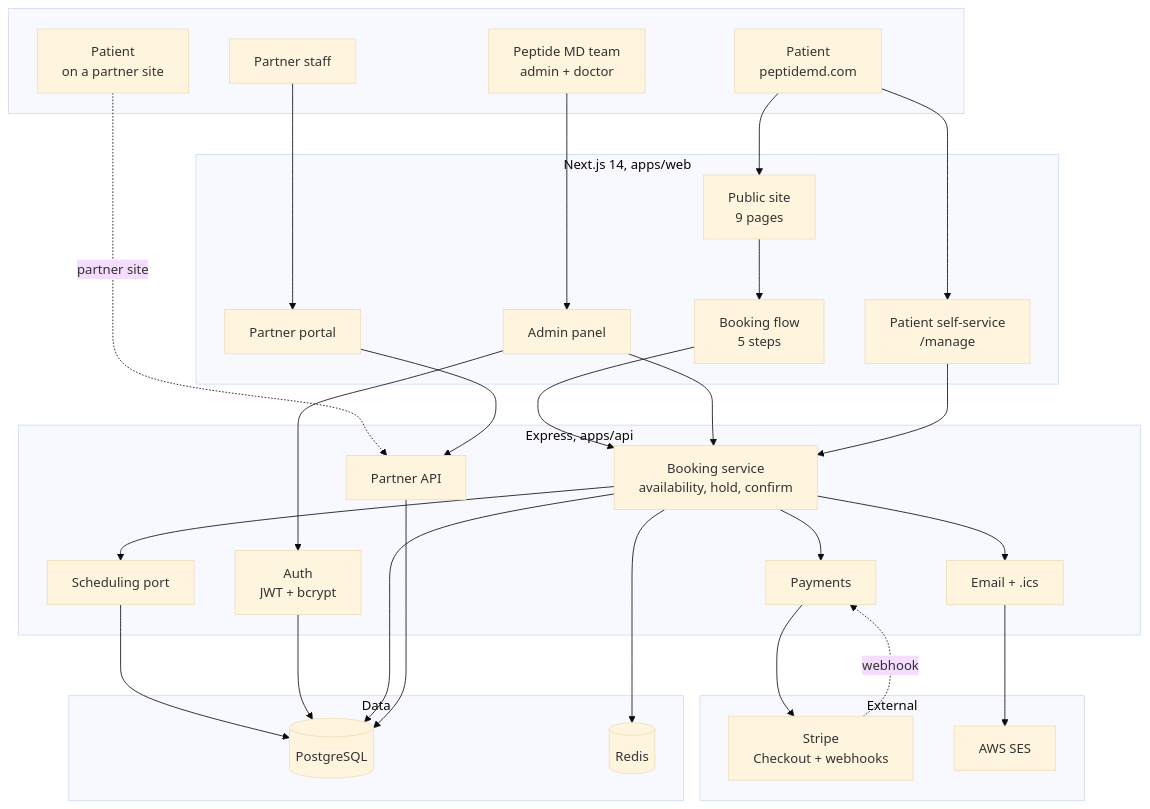
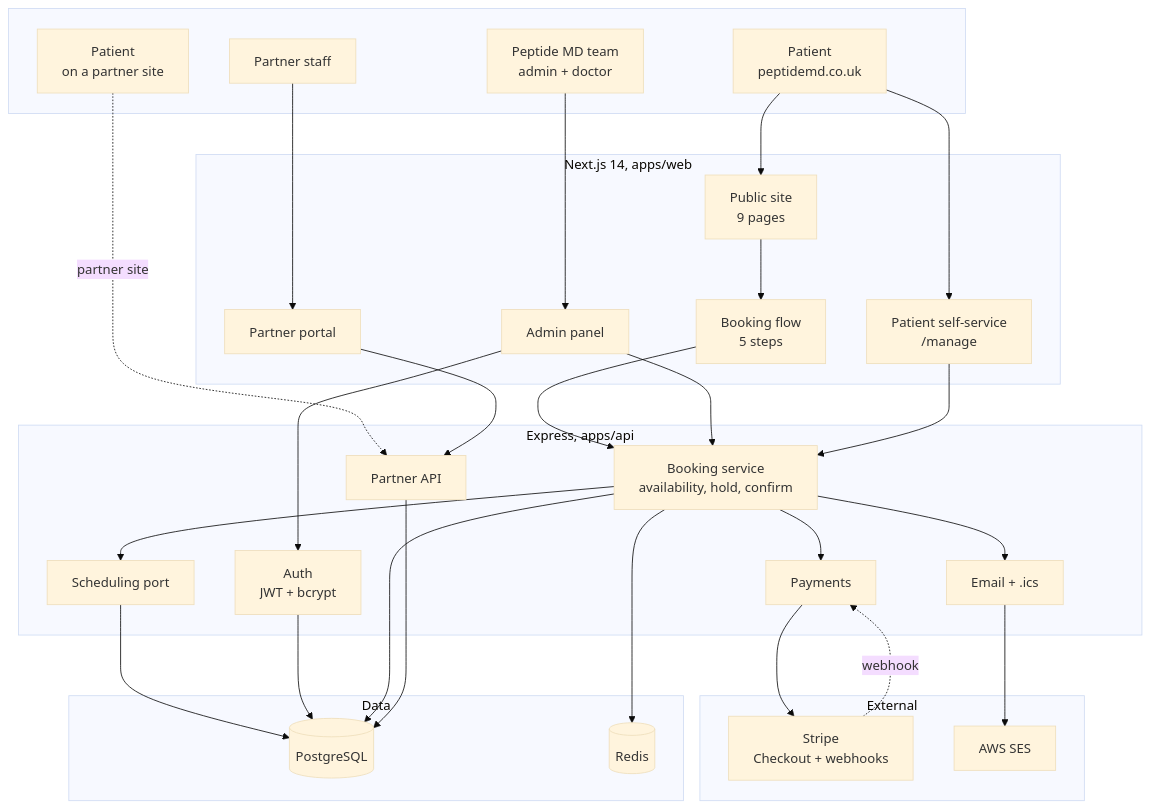
Before and after one commit to thegensiumtech/peptide-md: the first of 4 diagrams in docs/architecture.md, drawn with Mermaid (base theme). The commit also changed 23 other files, not shown here.

````diff
--- a/docs/architecture.md
+++ b/docs/architecture.md
@@ -15,56 +15,56 @@
 ```mermaid
 flowchart TB
   subgraph clients [ ]
-    P[Patient<br/>peptidemd.com]
+    P[Patient<br/>peptidemd.co.uk]
     PP[Patient<br/>on a partner site]
     A[Peptide MD team<br/>admin + doctor]
     PS[Partner staff]
   end
 
   subgraph web [Next.js 14, apps/web]
     MKT[Public site<br/>9 pages]
     BOOK[Booking flow<br/>5 steps]
     ADM[Admin panel]
     POR[Partner portal]
     MAN[Patient self-service<br/>/manage]
   end
 
   subgraph api [Express, apps/api]
     AUTH[Auth<br/>JWT + bcrypt]
     BK[Booking service<br/>availability, hold, confirm]
     SCH[Scheduling port]
     PAY[Payments]
     MAIL[Email + .ics]
     PRT[Partner API]
   end
 
   subgraph ext [External]
     STRIPE[Stripe<br/>Checkout + webhooks]
     SES[AWS SES]
   end
 
   subgraph data [Data]
     PG[(PostgreSQL)]
     RD[(Redis)]
   end
 
   P --> MKT --> BOOK
   PP -.partner site.-> PRT
   A --> ADM
   PS --> POR
   P --> MAN
 
   BOOK --> BK
   ADM --> AUTH & BK
   POR --> PRT
   MAN --> BK
 
   BK --> SCH
   SCH --> PG
   BK --> PAY --> STRIPE
   BK --> MAIL --> SES
   STRIPE -.webhook.-> PAY
 
   AUTH & BK & PRT --> PG
   BK --> RD
 ```
````
